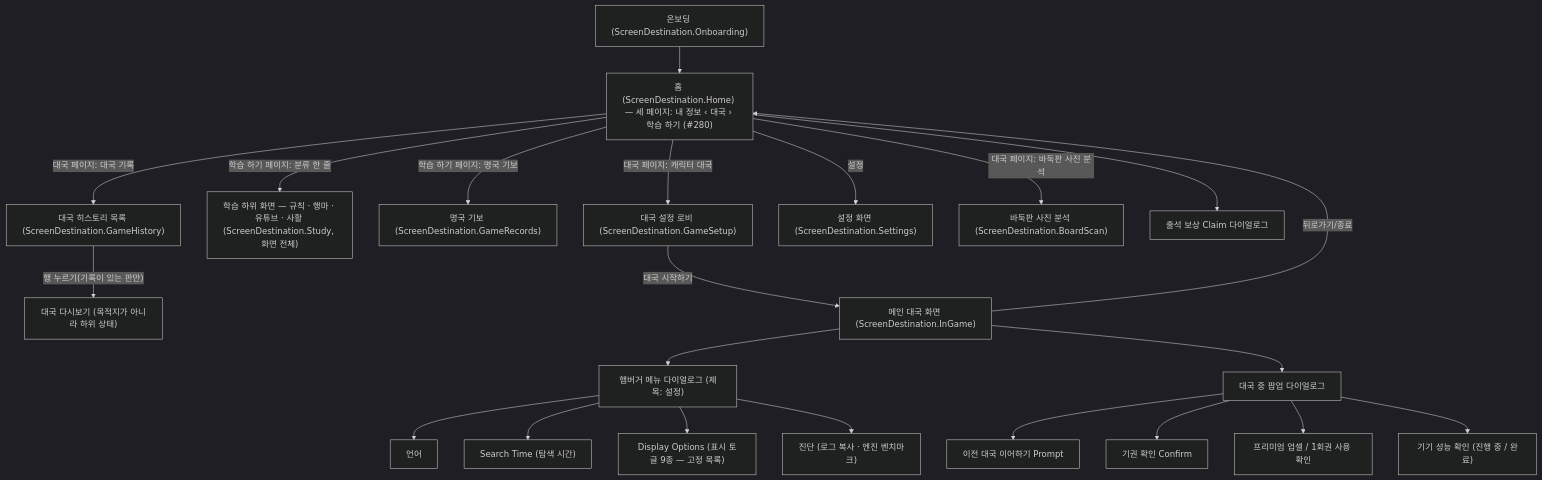
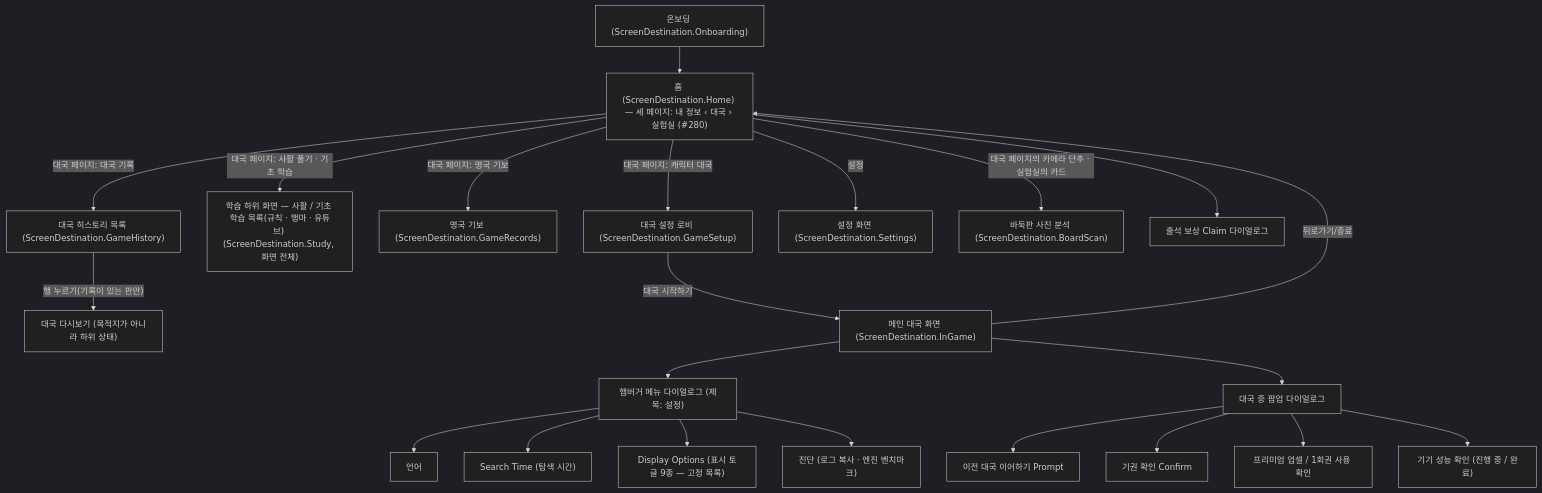
One commit to flitsky/go-ai-coach-app changed the diagram in docs/spec/APP_IA_AND_UI_SPEC.md. Above: the diagram before and after it, drawn with Mermaid (dark theme). The commit also changed other lines of this file and 3 other files, not shown here.

````diff
--- a/docs/spec/APP_IA_AND_UI_SPEC.md
+++ b/docs/spec/APP_IA_AND_UI_SPEC.md
@@ -21,26 +21,26 @@
 ```mermaid
 graph TD
     O["온보딩 (ScreenDestination.Onboarding)"] --> A
-    A["홈 (ScreenDestination.Home) — 세 페이지: 내 정보 ‹ 대국 › 학습 하기 (#280)"] -->|"대국 페이지: 캐릭터 대국"| B["대국 설정 로비 (ScreenDestination.GameSetup)"]
-    A -->|"학습 하기 페이지: 분류 한 줄"| F["학습 하위 화면 — 규칙 · 행마 · 유튜브 · 사활 (ScreenDestination.Study, 화면 전체)"]
-    A -->|"학습 하기 페이지: 명국 기보"| R["명국 기보 (ScreenDestination.GameRecords)"]
+    A["홈 (ScreenDestination.Home) — 세 페이지: 내 정보 ‹ 대국 › 실험실 (#280)"] -->|"대국 페이지: 캐릭터 대국"| B["대국 설정 로비 (ScreenDestination.GameSetup)"]
+    A -->|"대국 페이지: 사활 풀기 · 기초 학습"| F["학습 하위 화면 — 사활 / 기초 학습 목록(규칙 · 행마 · 유튜브) (ScreenDestination.Study, 화면 전체)"]
+    A -->|"대국 페이지: 명국 기보"| R["명국 기보 (ScreenDestination.GameRecords)"]
     A -->|"대국 페이지: 대국 기록"| G["대국 히스토리 목록 (ScreenDestination.GameHistory)"]
     G -->|"행 누르기(기록이 있는 판만)"| G1["대국 다시보기 (목적지가 아니라 하위 상태)"]
     A -->|"설정"| S["설정 화면 (ScreenDestination.Settings)"]
-    A -->|"대국 페이지: 바둑판 사진 분석"| BS["바둑판 사진 분석 (ScreenDestination.BoardScan)"]
+    A -->|"대국 페이지의 카메라 단추 · 실험실의 카드"| BS["바둑판 사진 분석 (ScreenDestination.BoardScan)"]
     B -->|"대국 시작하기"| C["메인 대국 화면 (ScreenDestination.InGame)"]
     C -->|"뒤로가기/종료"| A
 
     C --> D["햄버거 메뉴 다이얼로그 (제목: 설정)"]
     D --> D1["언어"]
     D --> D2["Search Time (탐색 시간)"]
     D --> D3["Display Options (표시 토글 9종 — 고정 목록)"]
     D --> D4["진단 (로그 복사 · 엔진 벤치마크)"]
 
     A --> P["출석 보상 Claim 다이얼로그"]
     C --> E["대국 중 팝업 다이얼로그"]
     E --> E1["이전 대국 이어하기 Prompt"]
     E --> E2["기권 확인 Confirm"]
     E --> E3["프리미엄 업셀 / 1회권 사용 확인"]
     E --> E4["기기 성능 확인 (진행 중 / 완료)"]
 ```
````
